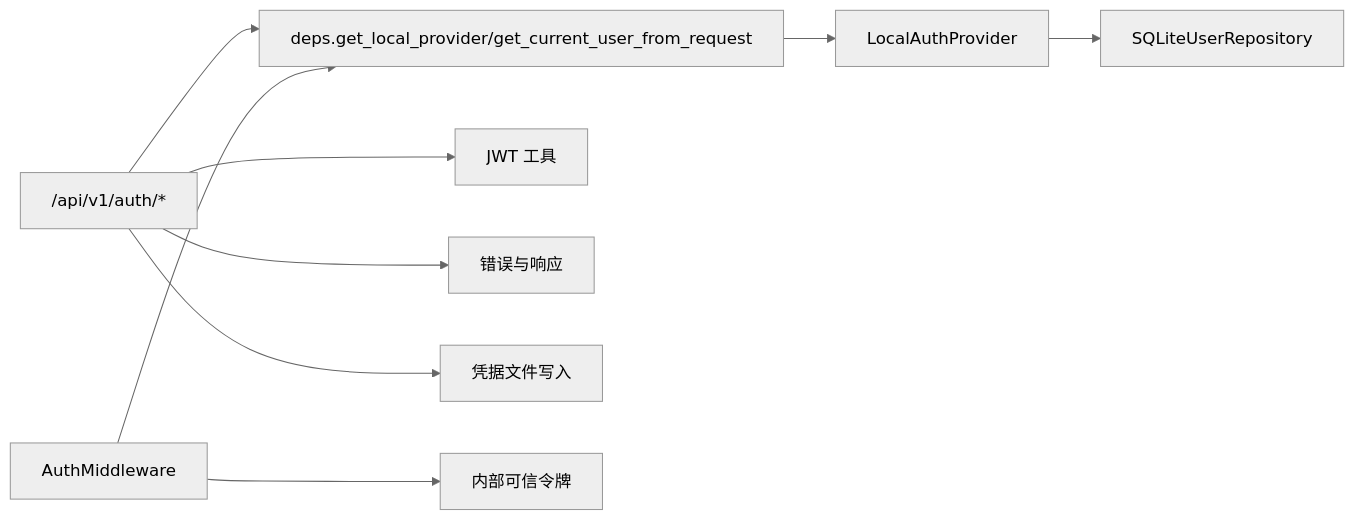
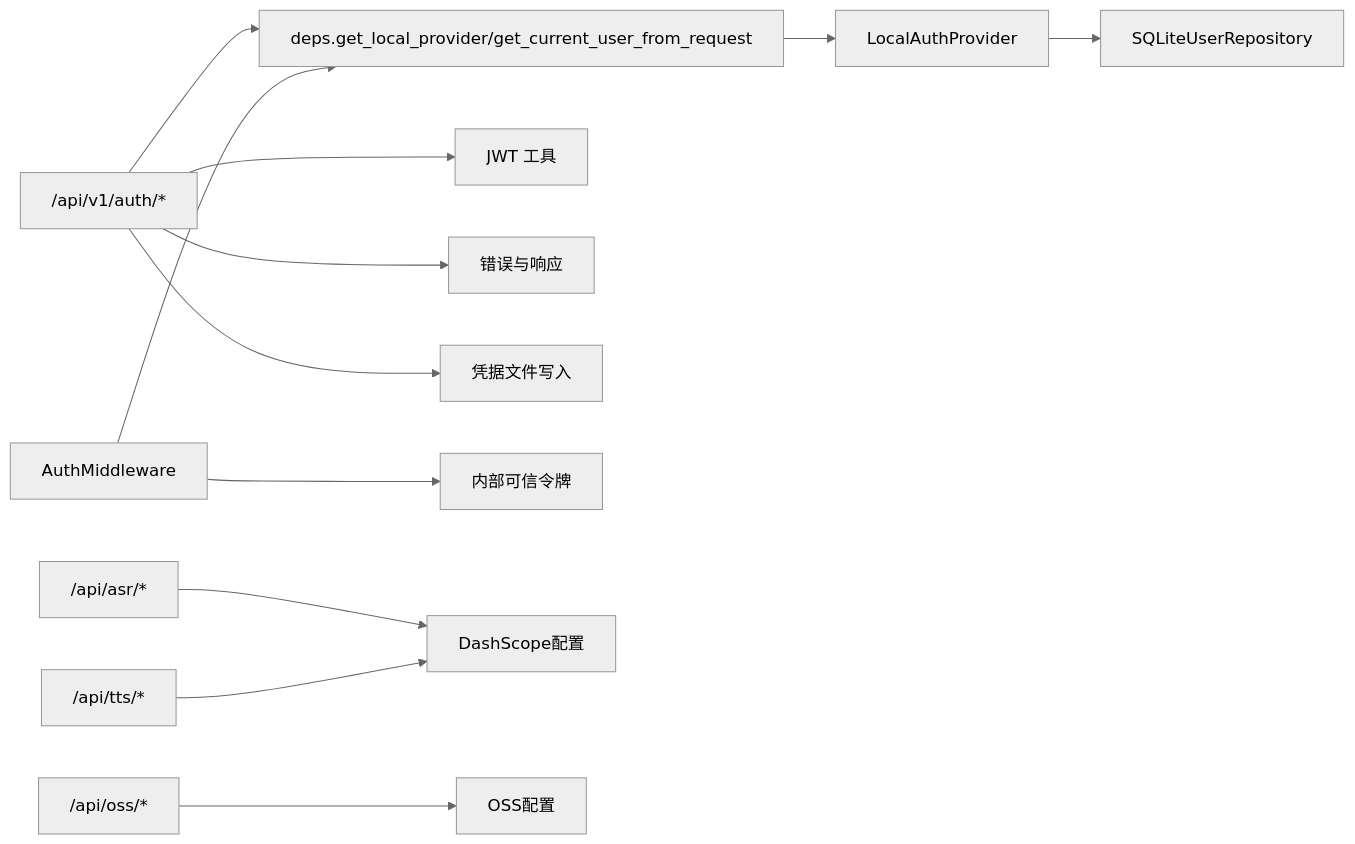
Before and after one commit to hbxfhrg/deer-flow: the ninth of 9 diagrams in .qoder/repowiki/zh/content/安全考虑/权限管理/认证系统.md, drawn with Mermaid (neutral theme). The commit also changed other lines of this file and 18 other files, not shown here.

````diff
--- a/.qoder/repowiki/zh/content/安全考虑/权限管理/认证系统.md
+++ b/.qoder/repowiki/zh/content/安全考虑/权限管理/认证系统.md
@@ -369,11 +447,14 @@
 ```mermaid
 graph LR
 AuthRouter["/api/v1/auth/*"] --> Deps["deps.get_local_provider/get_current_user_from_request"]
 Deps --> LocalProv["LocalAuthProvider"]
 LocalProv --> Repo["SQLiteUserRepository"]
 AuthRouter --> JWT["JWT 工具"]
 AuthRouter --> Err["错误与响应"]
 AuthRouter --> CF["凭据文件写入"]
 MW["AuthMiddleware"] --> Deps
 MW --> Internal["内部可信令牌"]
+ASRRouter["/api/asr/*"] --> DashScope["DashScope配置"]
+TTSRouter["/api/tts/*"] --> DashScope
+OSSRouter["/api/oss/*"] --> OSS["OSS配置"]
 ```
````
